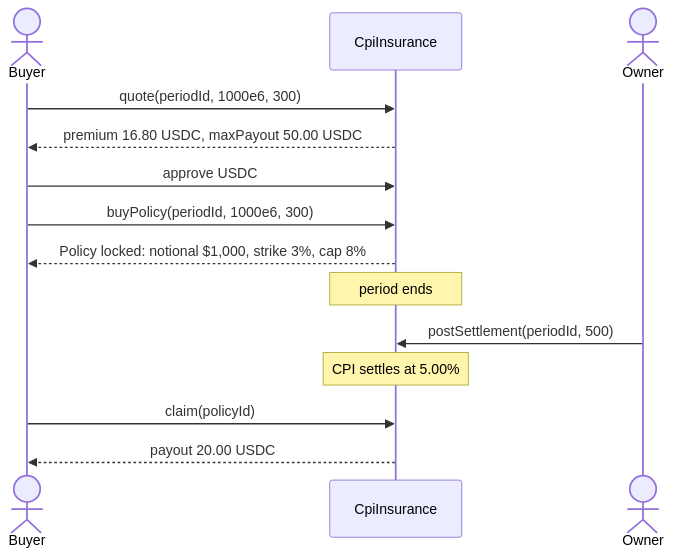
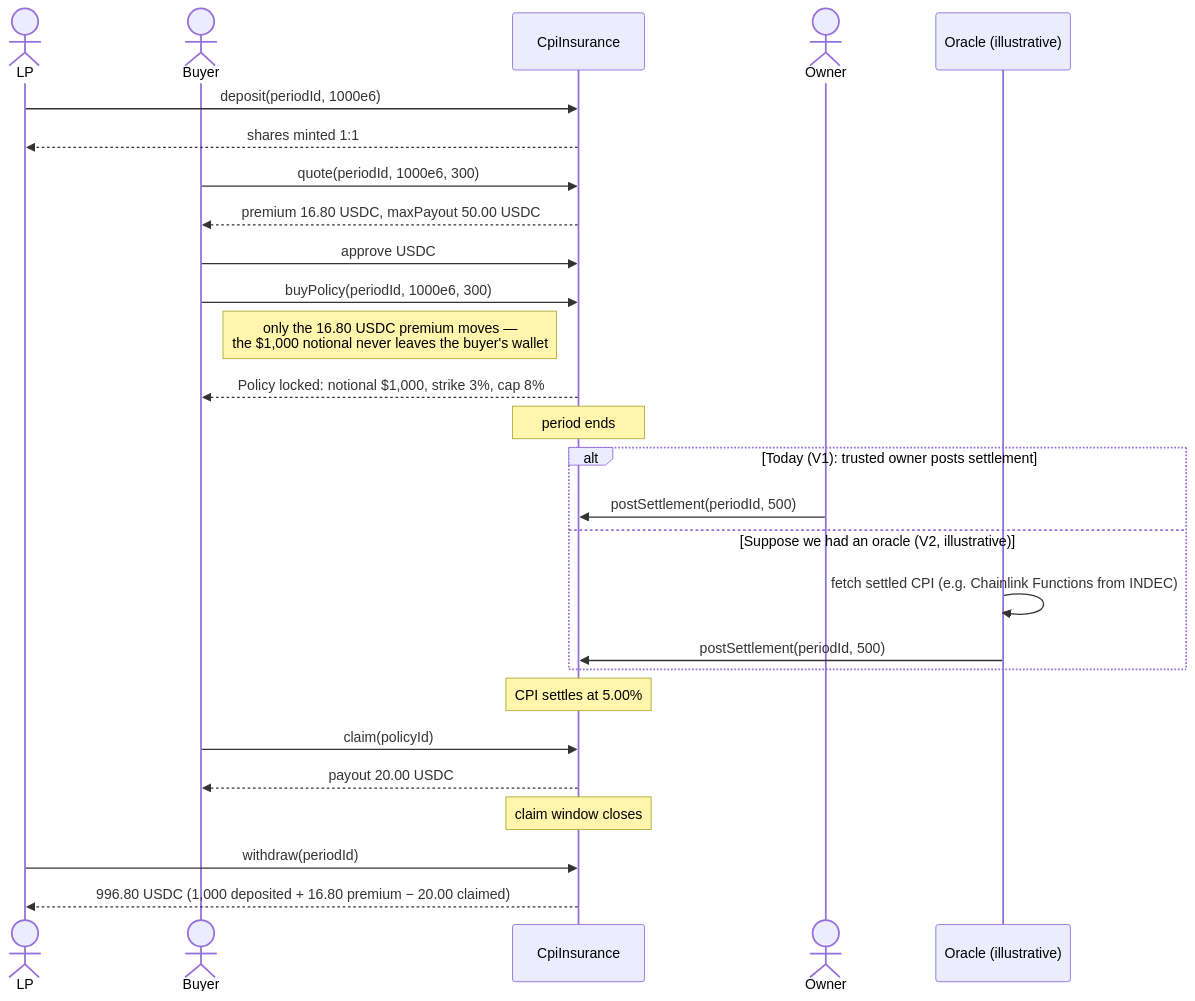
The second of 2 diagrams in README.md (lexfrl/inflation-insurance), drawn with Mermaid before and after one commit. The commit also changed other lines of this file, not shown here.

Commit message:
README: add LP + oracle branch to walkthrough diagram, clarify premium-only transfer
- Sequence diagram now includes the LP (deposit up front, withdraw at the
  end with the exact settle-up figure) and an alt branch contrasting today's
  trusted-owner postSettlement with an illustrative oracle-fed version from
  the V2 roadmap.
- Clarifies a point that reads ambiguously at a glance: buyPolicy's
  `notional` argument is a pricing input, not USDC transferred by the buyer
  -- only the quoted premium moves. Real collateral comes from the LP side.

Claude-Session: https://claude.ai/code/session_015Pn1JK7un3nBjyLu2MPKTn

````diff
--- a/README.md
+++ b/README.md
@@ -136,21 +139,37 @@
 ```mermaid
 sequenceDiagram
+    actor LP
     actor Buyer
     participant Pool as CpiInsurance
     actor Owner
+    participant Oracle as Oracle (illustrative)
+
+    LP->>Pool: deposit(periodId, 1000e6)
+    Pool-->>LP: shares minted 1:1
 
     Buyer->>Pool: quote(periodId, 1000e6, 300)
     Pool-->>Buyer: premium 16.80 USDC, maxPayout 50.00 USDC
 
     Buyer->>Pool: approve USDC
     Buyer->>Pool: buyPolicy(periodId, 1000e6, 300)
+    Note right of Buyer: only the 16.80 USDC premium moves —<br/>the $1,000 notional never leaves the buyer's wallet
     Pool-->>Buyer: Policy locked: notional $1,000, strike 3%, cap 8%
 
     Note over Pool: period ends
 
-    Owner->>Pool: postSettlement(periodId, 500)
+    alt Today (V1): trusted owner posts settlement
+        Owner->>Pool: postSettlement(periodId, 500)
+    else Suppose we had an oracle (V2, illustrative)
+        Oracle->>Oracle: fetch settled CPI (e.g. Chainlink Functions from INDEC)
+        Oracle->>Pool: postSettlement(periodId, 500)
+    end
     Note over Pool: CPI settles at 5.00%
 
     Buyer->>Pool: claim(policyId)
     Pool-->>Buyer: payout 20.00 USDC
+
+    Note over Pool: claim window closes
+
+    LP->>Pool: withdraw(periodId)
+    Pool-->>LP: 996.80 USDC (1,000 deposited + 16.80 premium − 20.00 claimed)
 ```
````
